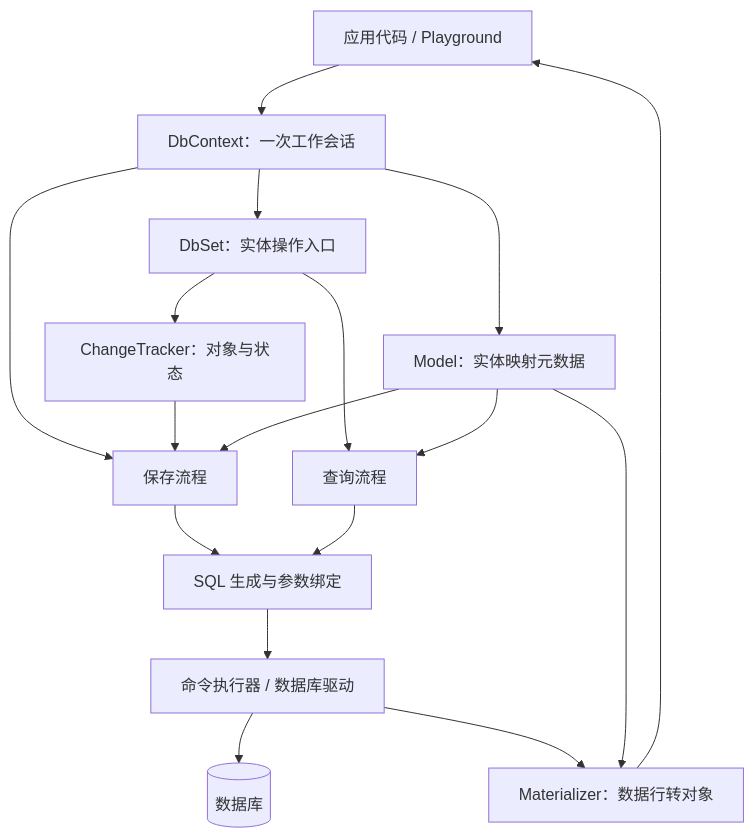
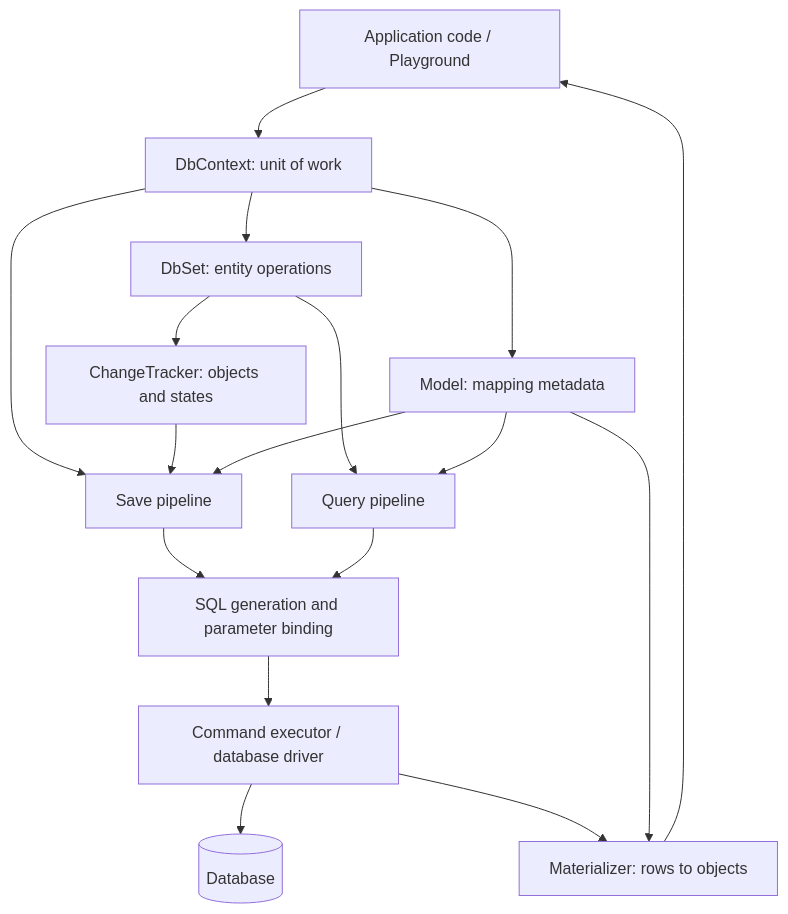
Before and after one commit to ZiDiYao/MiniEFCore: the diagram in README.md, drawn with Mermaid. The commit also changed other lines of this file, not shown here.

````diff
--- a/README.md
+++ b/README.md
@@ -49,19 +49,19 @@
 ```mermaid
 flowchart TD
-    App[应用代码 / Playground] --> Context[DbContext：一次工作会话]
-    Context --> Sets[DbSet：实体操作入口]
-    Context --> Model[Model：实体映射元数据]
-    Sets --> Tracker[ChangeTracker：对象与状态]
-    Context --> Save[保存流程]
+    App[Application code / Playground] --> Context[DbContext: unit of work]
+    Context --> Sets[DbSet: entity operations]
+    Context --> Model[Model: mapping metadata]
+    Sets --> Tracker[ChangeTracker: objects and states]
+    Context --> Save[Save pipeline]
     Tracker --> Save
     Model --> Save
-    Sets --> Query[查询流程]
+    Sets --> Query[Query pipeline]
     Model --> Query
-    Save --> SQL[SQL 生成与参数绑定]
+    Save --> SQL[SQL generation and parameter binding]
     Query --> SQL
-    SQL --> Executor[命令执行器 / 数据库驱动]
-    Executor --> DB[(数据库)]
-    Executor --> Materializer[Materializer：数据行转对象]
+    SQL --> Executor[Command executor / database driver]
+    Executor --> DB[(Database)]
+    Executor --> Materializer[Materializer: rows to objects]
     Model --> Materializer
     Materializer --> App
 ```
````
